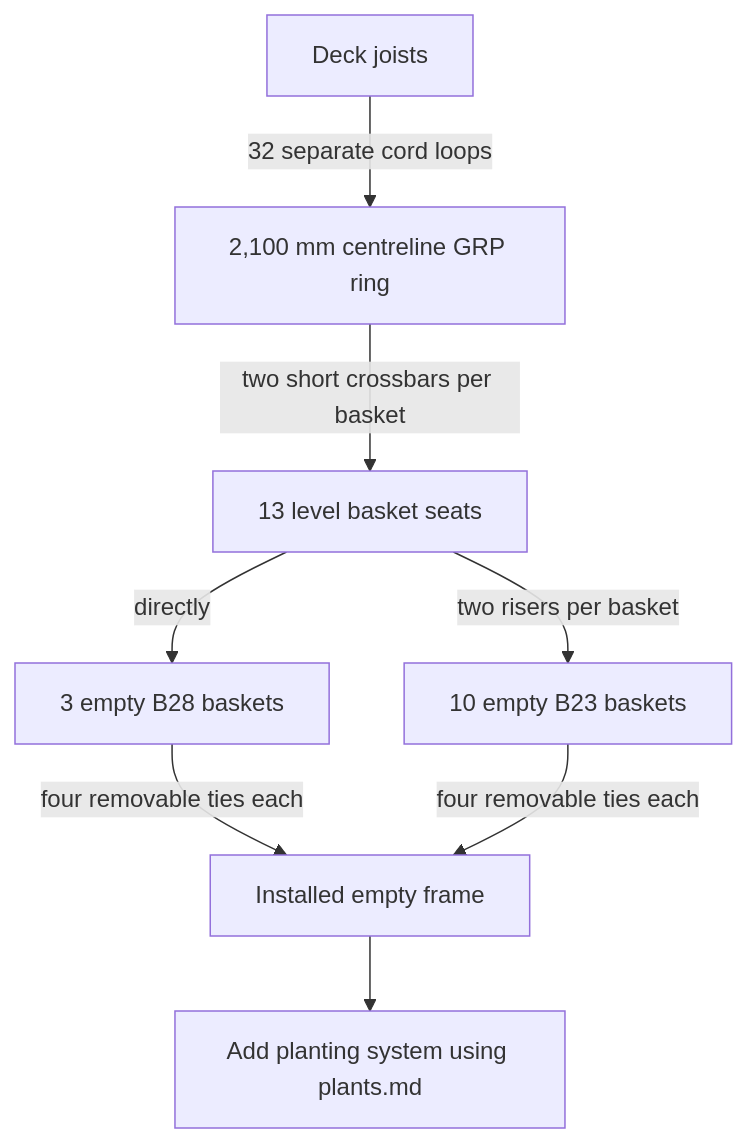
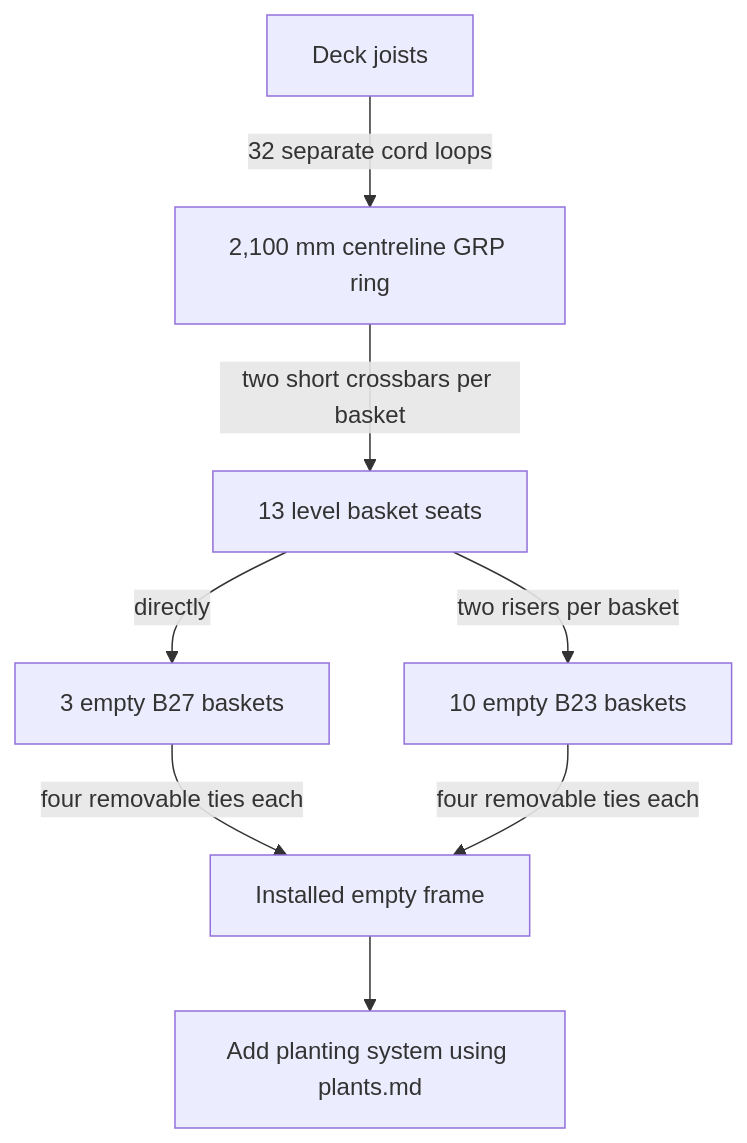
The diagram in docs/packs/archive/R3_guide.md (Dub1n/pond), drawn with Mermaid before and after one commit. The commit also changed other lines of this file and 56 other files, not shown here.

````diff
--- a/docs/packs/archive/R3_guide.md
+++ b/docs/packs/archive/R3_guide.md
@@ -27,10 +27,10 @@
 ```mermaid
 flowchart TB
     J[Deck joists] -->|32 separate cord loops| R[2,100 mm centreline GRP ring]
     R -->|two short crossbars per basket| S[13 level basket seats]
-    S -->|directly| B28[3 empty B28 baskets]
+    S -->|directly| B27[3 empty B27 baskets]
     S -->|two risers per basket| B23[10 empty B23 baskets]
-    B28 -->|four removable ties each| I[Installed empty frame]
+    B27 -->|four removable ties each| I[Installed empty frame]
     B23 -->|four removable ties each| I
     I --> P[Add planting system using plants.md]
 ```
````
